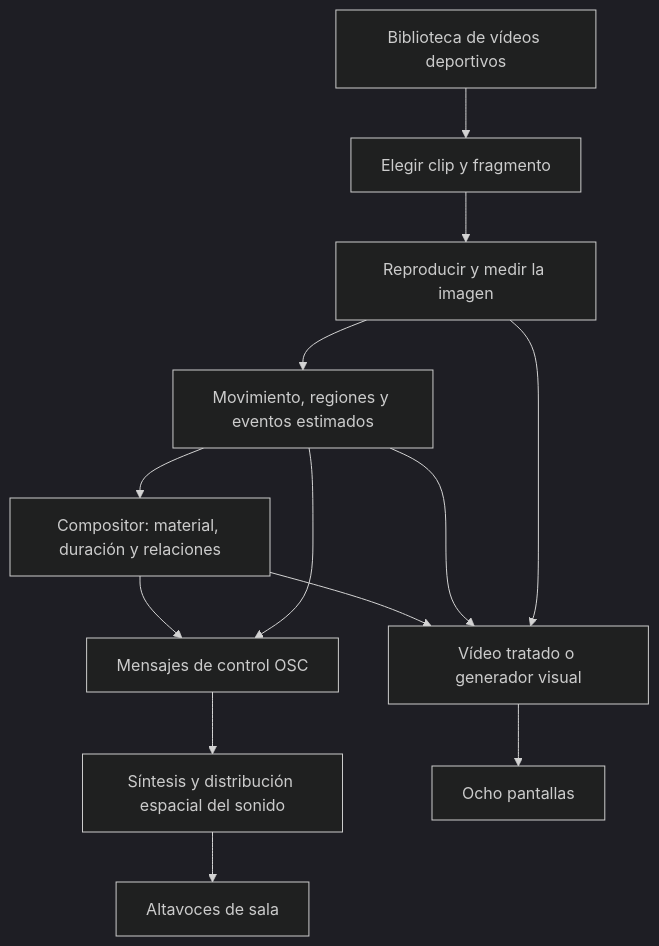
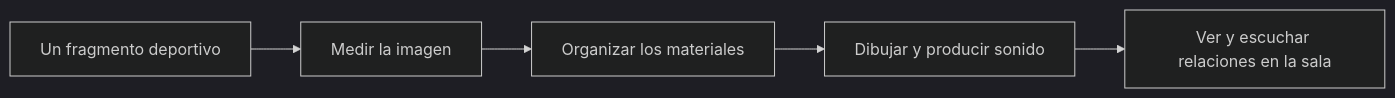
One commit to Lessnullvoid/Partitura_del_Juego changed the diagram in docs/COMO_FUNCIONA_ES.md. Above: the diagram before and after it, drawn with Mermaid (dark theme). The commit also changed other lines of this file and 16 other files, not shown here.

````diff
--- a/docs/COMO_FUNCIONA_ES.md
+++ b/docs/COMO_FUNCIONA_ES.md
@@ -43,15 +25,7 @@
 ```mermaid
-flowchart TD
-    A["Biblioteca de vídeos deportivos"] --> B["Elegir clip y fragmento"]
-    B --> C["Reproducir y medir la imagen"]
-    C --> D["Movimiento, regiones y eventos estimados"]
-    D --> E["Compositor: material, duración y relaciones"]
-    E --> F["Vídeo tratado o generador visual"]
-    D --> F
-    C --> F
-    E --> G["Mensajes de control OSC"]
-    D --> G
-    G --> H["Síntesis y distribución espacial del sonido"]
-    F --> I["Ocho pantallas"]
-    H --> J["Altavoces de sala"]
+flowchart LR
+    A["Un fragmento deportivo"] --> B["Medir la imagen"]
+    B --> C["Organizar los materiales"]
+    C --> D["Dibujar y producir sonido"]
+    D --> E["Ver y escuchar relaciones en la sala"]
 ```
````
